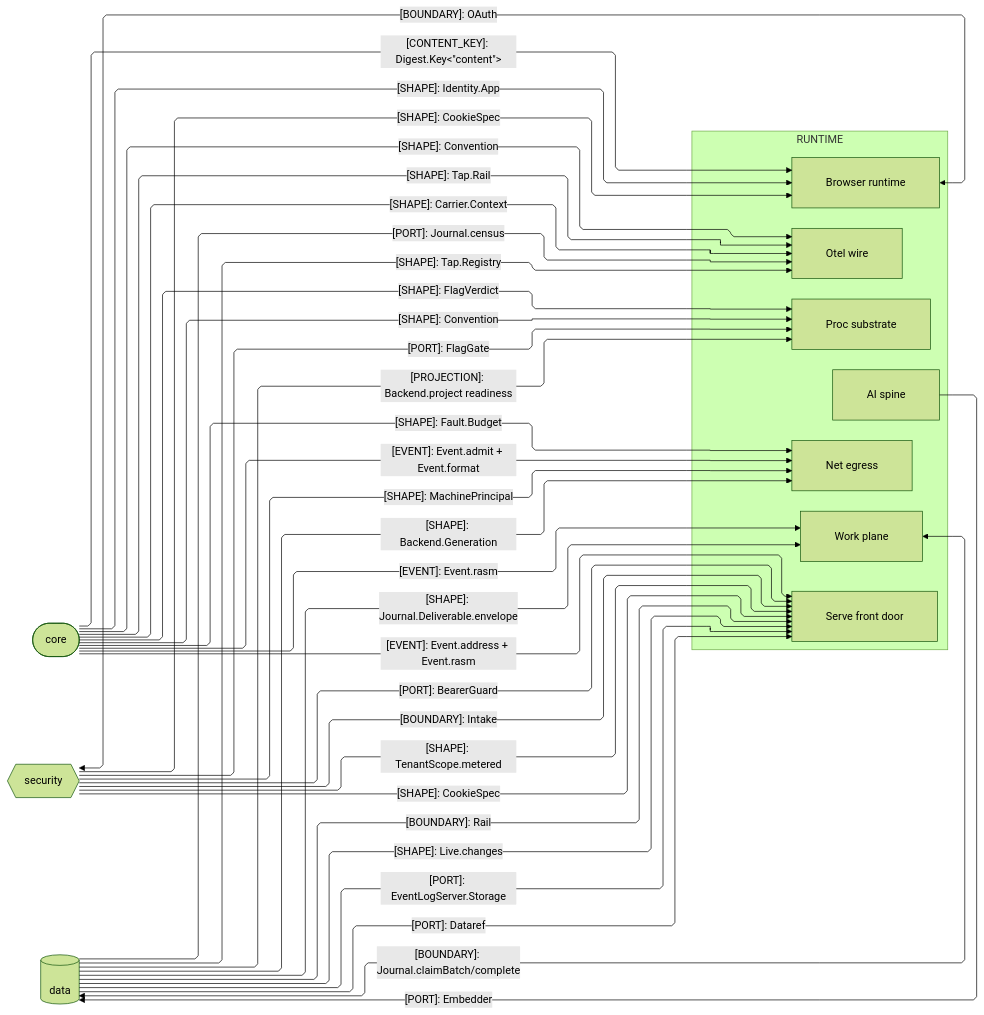
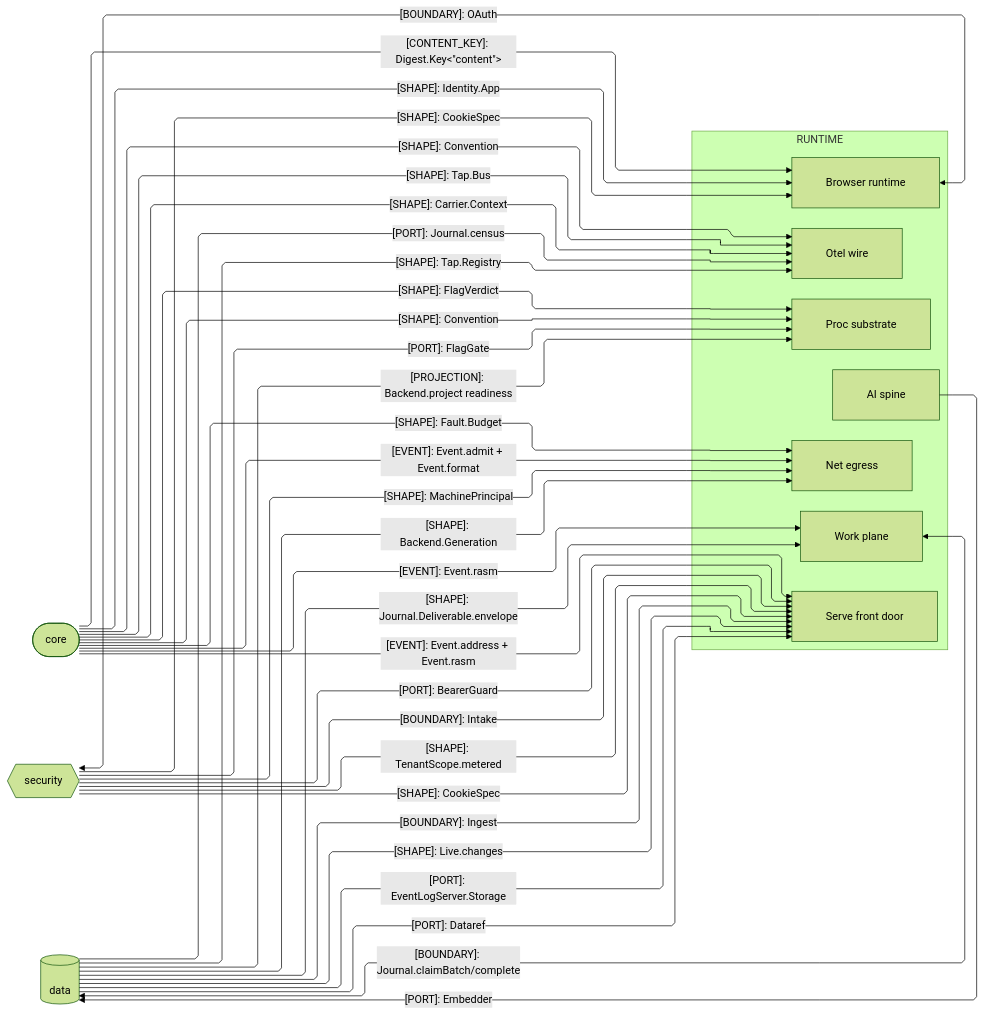
One commit to bsamiee/Rasm changed the second of 4 diagrams in libs/typescript/runtime/ARCHITECTURE.md. Above: the diagram before and after it, drawn with Mermaid (forest theme). The commit also changed other lines of this file and 1997 other files, not shown here.

First line of the commit message:
docs: rename rail to result and seam to boundary across the corpus

````diff
--- a/libs/typescript/runtime/ARCHITECTURE.md
+++ b/libs/typescript/runtime/ARCHITECTURE.md
@@ -119,54 +119,54 @@
 ```mermaid
 ---
 config:
   layout: elk
   flowchart:
     curve: linear
     padding: 25
 ---
 flowchart LR
-    accTitle: Runtime domain-peer seam registry
+    accTitle: Runtime domain-peer boundary registry
     accDescr: Runtime owners exchanging flag, budget, convention, identity, custody, and tap shapes with the core, security, and data peers.
     subgraph runtime[RUNTIME]
         Proc[Proc substrate]
         Net[Net egress]
         Otel[Otel wire]
         Browser[Browser runtime]
         Serve[Serve front door]
         Work[Work plane]
         Ai[AI spine]
     end
     Core([core])
     Security{{security}}
     Data[(data)]
     Core e1@-->|"[SHAPE]: FlagVerdict"| Proc
     Core e2@-->|"[SHAPE]: Fault.Budget"| Net
     Core e3@-->|"[SHAPE]: Convention"| Otel
     Core e4@-->|"[CONTENT_KEY]: Digest.Key&lt;&quot;content&quot;&gt;"| Browser
     Core e14@-->|"[SHAPE]: Identity.App"| Browser
     Security e5@-->|"[SHAPE]: CookieSpec"| Browser
     Browser e6@<-->|"[BOUNDARY]: OAuth"| Security
     Security e7@-->|"[PORT]: BearerGuard"| Serve
     Security e8@-->|"[BOUNDARY]: Intake"| Serve
     Security e13@-->|"[PORT]: FlagGate"| Proc
-    Data e9@-->|"[BOUNDARY]: Rail"| Serve
+    Data e9@-->|"[BOUNDARY]: Ingest"| Serve
     Data e10@-->|"[SHAPE]: Live.changes"| Serve
     Work e11@<-->|"[BOUNDARY]: Journal.claimBatch/complete"| Data
     Ai e12@-->|"[PORT]: Embedder"| Data
     Data e15@-->|"[PORT]: Journal.census"| Otel
     Security e16@-->|"[SHAPE]: TenantScope.metered"| Serve
-    Core e17@-->|"[SHAPE]: Tap.Rail"| Otel
+    Core e17@-->|"[SHAPE]: Tap.Bus"| Otel
     Data e18@-->|"[SHAPE]: Tap.Registry"| Otel
     Data e20@-->|"[SHAPE]: Journal.Deliverable.envelope"| Work
     Core e21@-->|"[SHAPE]: Carrier.Context"| Otel
     Data e22@-->|"[SHAPE]: Backend.Generation"| Net
     Data e29@-->|"[PROJECTION]: Backend.project readiness"| Proc
     Core e23@-->|"[SHAPE]: Convention"| Proc
     Core e24@-->|"[EVENT]: Event.admit + Event.format"| Net
     Core e25@-->|"[EVENT]: Event.address + Event.rasm"| Serve
     Core e26@-->|"[EVENT]: Event.rasm"| Work
     Security e27@-->|"[SHAPE]: CookieSpec"| Serve
     Security e28@-->|"[SHAPE]: MachinePrincipal"| Net
     Data e19@-->|"[PORT]: EventLogServer.Storage"| Serve
     Data e30@-->|"[PORT]: Dataref"| Serve
 ```
````
